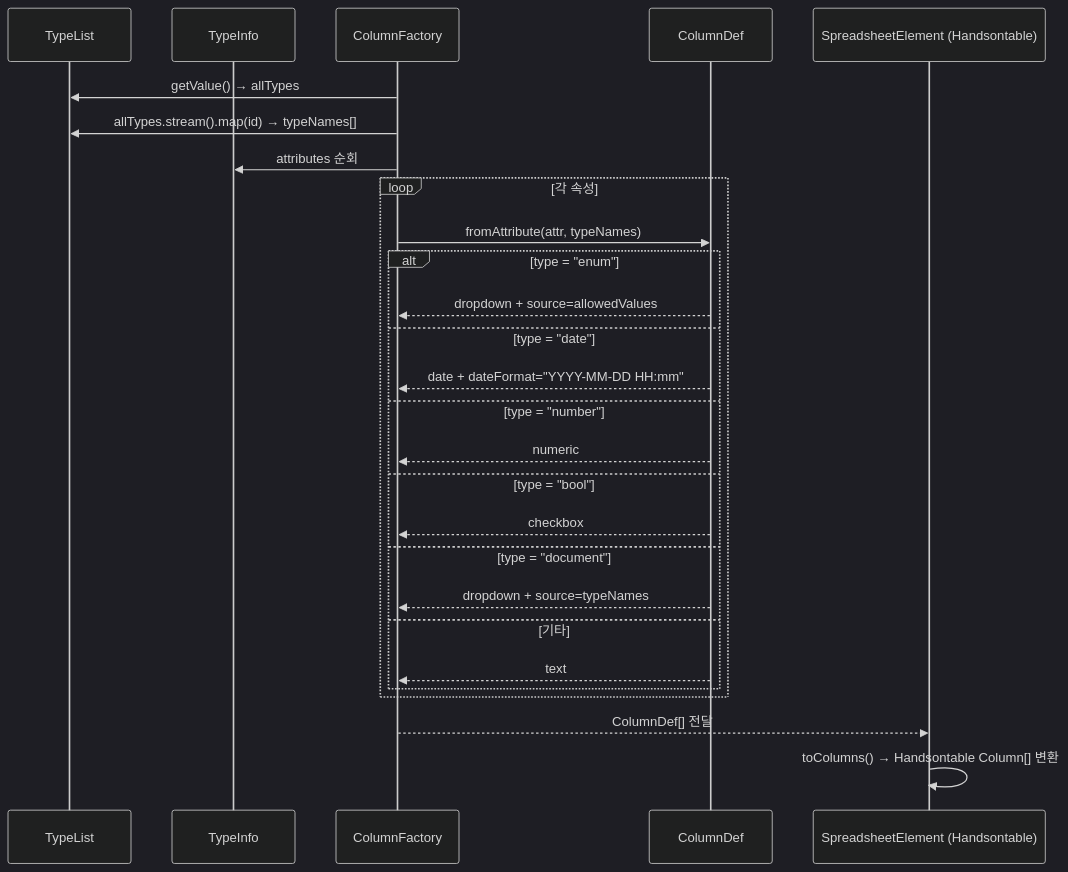
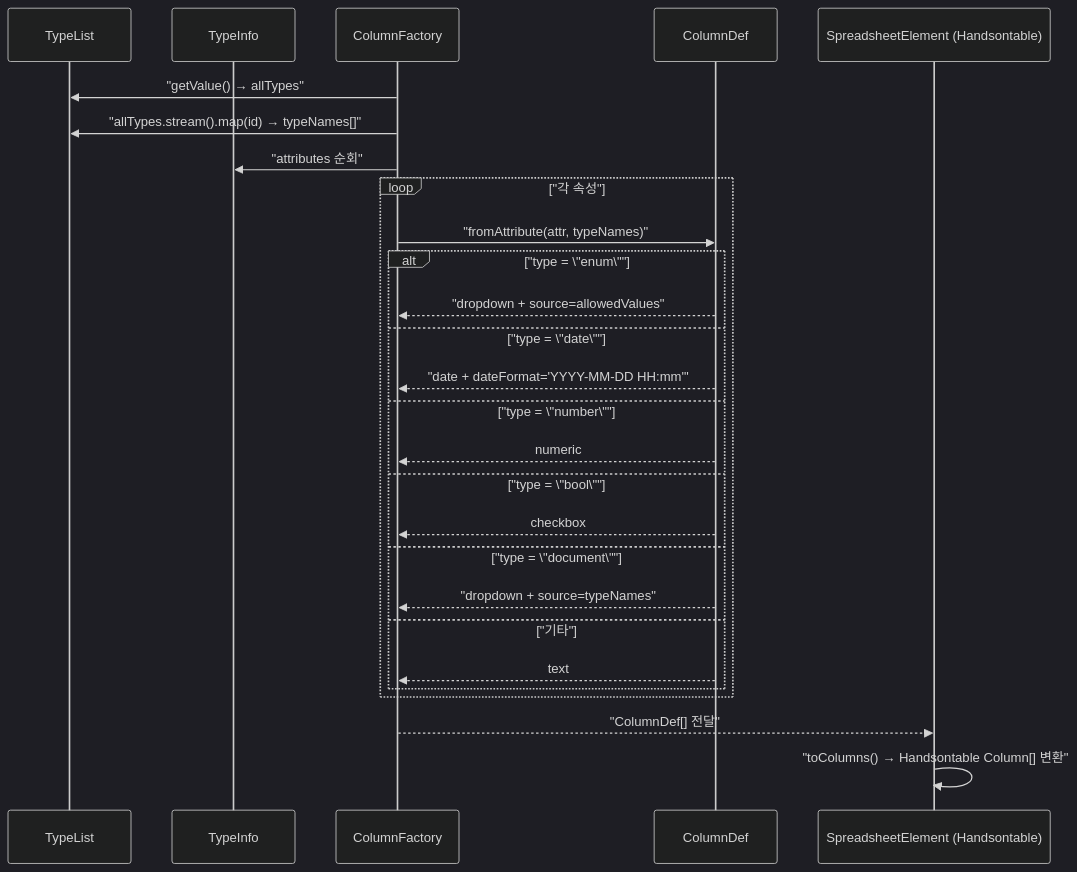
One commit to sayaya1090/handbook changed the eighth of 9 diagrams in document-ui/USECASE.md. Above: the diagram before and after it, drawn with Mermaid (dark theme). The commit also changed other lines of this file and 22 other files, not shown here.

First line of the commit message:
docs: Mermaid 다이어그램 렌더링 오류 수정을 위한 구문 전수 교정

````diff
--- a/document-ui/USECASE.md
+++ b/document-ui/USECASE.md
@@ -324,30 +324,30 @@
 ```mermaid
 sequenceDiagram
     participant TL as TypeList
     participant TI as TypeInfo
     participant CF as ColumnFactory
     participant CD as ColumnDef
     participant Sheet as SpreadsheetElement (Handsontable)
 
-    CF->>TL: getValue() → allTypes
-    CF->>TL: allTypes.stream().map(id) → typeNames[]
-    CF->>TI: attributes 순회
-    loop 각 속성
-        CF->>CD: fromAttribute(attr, typeNames)
-        alt type = "enum"
-            CD-->>CF: dropdown + source=allowedValues
-        else type = "date"
-            CD-->>CF: date + dateFormat="YYYY-MM-DD HH:mm"
-        else type = "number"
+    CF->>TL: "getValue() → allTypes"
+    CF->>TL: "allTypes.stream().map(id) → typeNames[]"
+    CF->>TI: "attributes 순회"
+    loop "각 속성"
+        CF->>CD: "fromAttribute(attr, typeNames)"
+        alt "type = \"enum\""
+            CD-->>CF: "dropdown + source=allowedValues"
+        else "type = \"date\""
+            CD-->>CF: "date + dateFormat='YYYY-MM-DD HH:mm'"
+        else "type = \"number\""
             CD-->>CF: numeric
-        else type = "bool"
+        else "type = \"bool\""
             CD-->>CF: checkbox
-        else type = "document"
-            CD-->>CF: dropdown + source=typeNames
-        else 기타
+        else "type = \"document\""
+            CD-->>CF: "dropdown + source=typeNames"
+        else "기타"
             CD-->>CF: text
         end
     end
-    CF-->>Sheet: ColumnDef[] 전달
-    Sheet->>Sheet: toColumns() → Handsontable Column[] 변환
+    CF-->>Sheet: "ColumnDef[] 전달"
+    Sheet->>Sheet: "toColumns() → Handsontable Column[] 변환"
 ```
````
